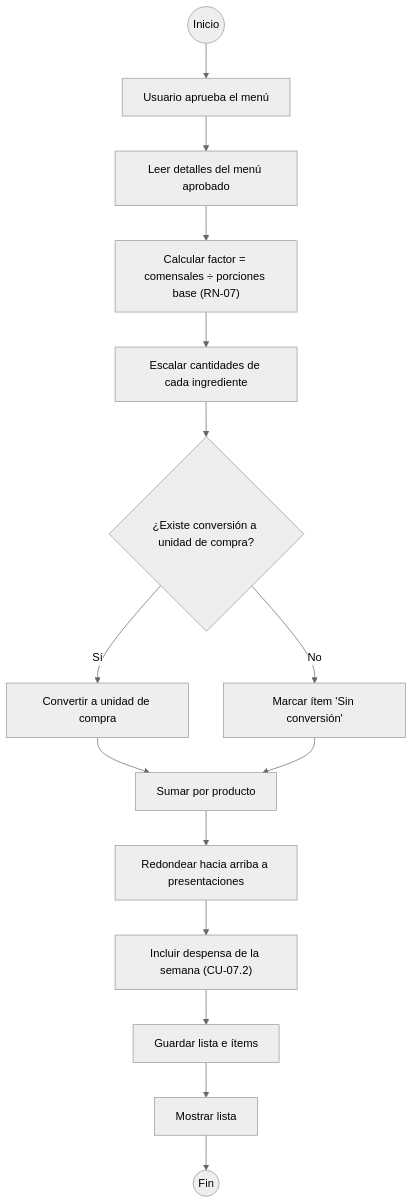
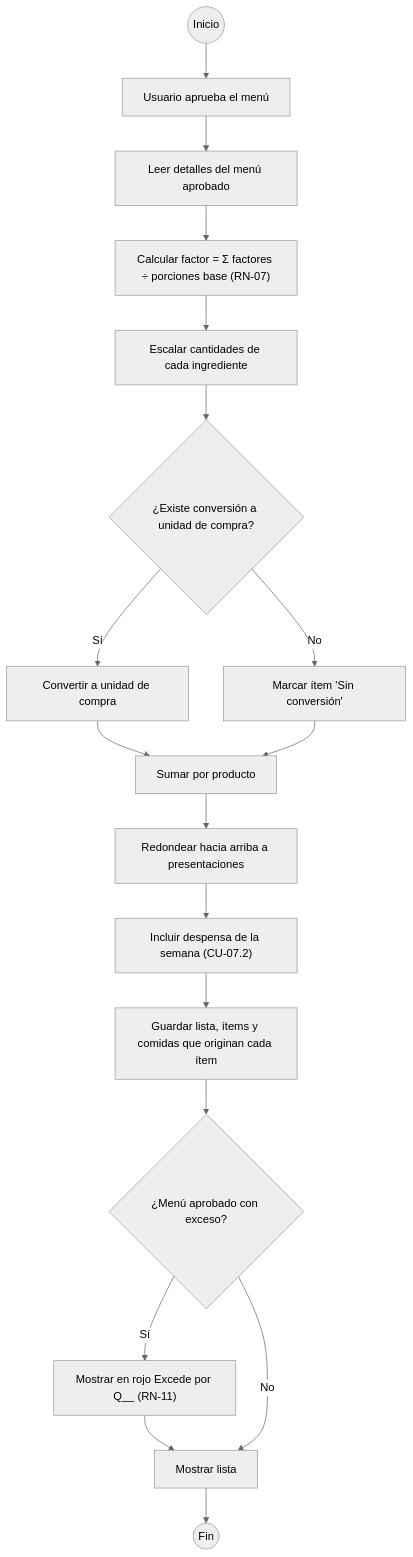
Before and after one commit to devrenerosales/App_Comidas: the second of 15 diagrams in docs/01-requerimientos/historias/M07-lista-compras.md, drawn with Mermaid (neutral theme). The commit also changed other lines of this file and 11 other files, not shown here.

````diff
--- a/docs/01-requerimientos/historias/M07-lista-compras.md
+++ b/docs/01-requerimientos/historias/M07-lista-compras.md
@@ -67,17 +76,19 @@
 ```mermaid
 flowchart TD
   INI(("Inicio")) --> A["Usuario aprueba el menú"]
   A --> B["Leer detalles del menú aprobado"]
-  B --> C["Calcular factor = comensales ÷ porciones base (RN-07)"]
+  B --> C["Calcular factor = Σ factores ÷ porciones base (RN-07)"]
   C --> D["Escalar cantidades de cada ingrediente"]
   D --> E{"¿Existe conversión a unidad de compra?"}
   E -- "Sí" --> F["Convertir a unidad de compra"]
   E -- "No" --> G["Marcar ítem 'Sin conversión'"]
   F --> H["Sumar por producto"]
   G --> H
   H --> I["Redondear hacia arriba a presentaciones"]
   I --> J["Incluir despensa de la semana (CU-07.2)"]
-  J --> K["Guardar lista e ítems"]
-  K --> L["Mostrar lista"]
+  J --> K["Guardar lista, ítems y comidas que originan cada ítem"]
+  K --> X{"¿Menú aprobado con exceso?"}
+  X -- "Sí" --> X1["Mostrar en rojo Excede por Q__ (RN-11)"] --> L
+  X -- "No" --> L["Mostrar lista"]
   L --> FIN(("Fin"))
 ```
````
